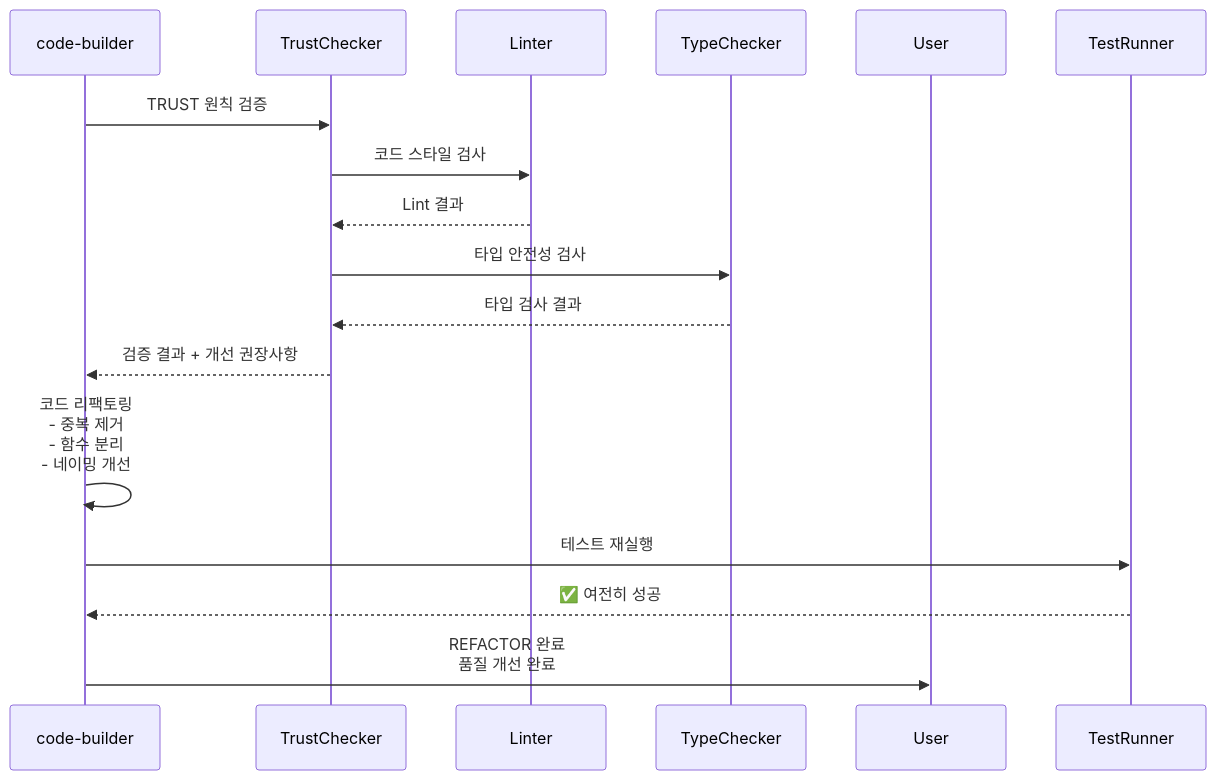
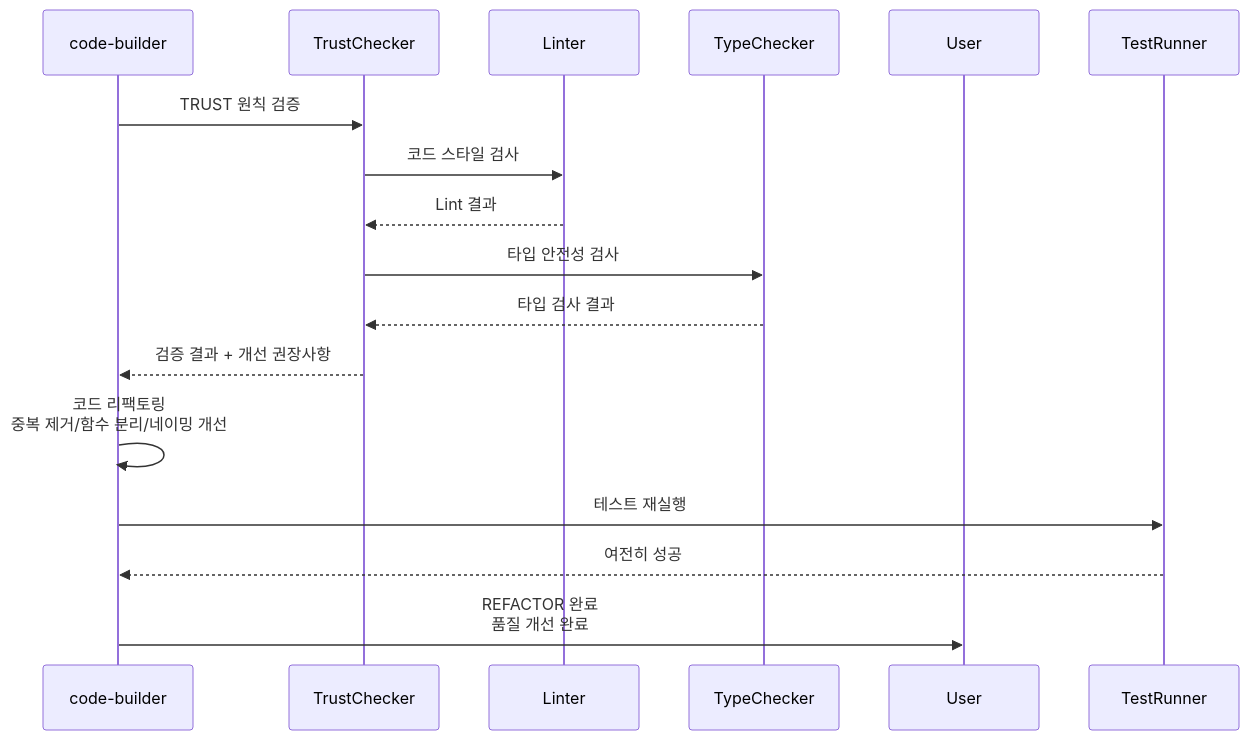
One commit to modu-ai/moai-adk changed the fifth of 7 diagrams in docs/claude/agents/code-builder.md. Above: the diagram before and after it, drawn with Mermaid. The commit also changed other lines of this file and 19 other files, not shown here.

First line of the commit message:
🎨 fix: docs 전체 Mermaid 다이어그램 특수문자 오류 수정 (19개 파일)

````diff
--- a/docs/claude/agents/code-builder.md
+++ b/docs/claude/agents/code-builder.md
@@ -354,25 +354,25 @@
 ```mermaid
 sequenceDiagram
     participant CB as code-builder
     participant TrustChecker
     participant Linter
     participant TypeChecker
     participant User
 
     CB->>TrustChecker: TRUST 원칙 검증
 
     TrustChecker->>Linter: 코드 스타일 검사
     Linter-->>TrustChecker: Lint 결과
 
     TrustChecker->>TypeChecker: 타입 안전성 검사
     TypeChecker-->>TrustChecker: 타입 검사 결과
 
     TrustChecker-->>CB: 검증 결과 + 개선 권장사항
 
-    CB->>CB: 코드 리팩토링<br/>- 중복 제거<br/>- 함수 분리<br/>- 네이밍 개선
+    CB->>CB: 코드 리팩토링<br/>중복 제거/함수 분리/네이밍 개선
 
     CB->>TestRunner: 테스트 재실행
-    TestRunner-->>CB: ✅ 여전히 성공
+    TestRunner-->>CB: 여전히 성공
 
     CB->>User: REFACTOR 완료<br/>품질 개선 완료
 ```
````
